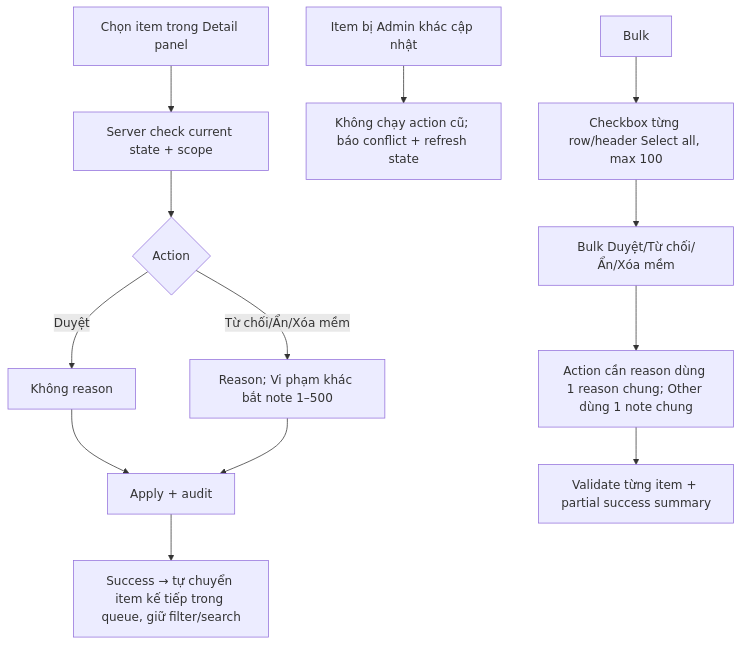
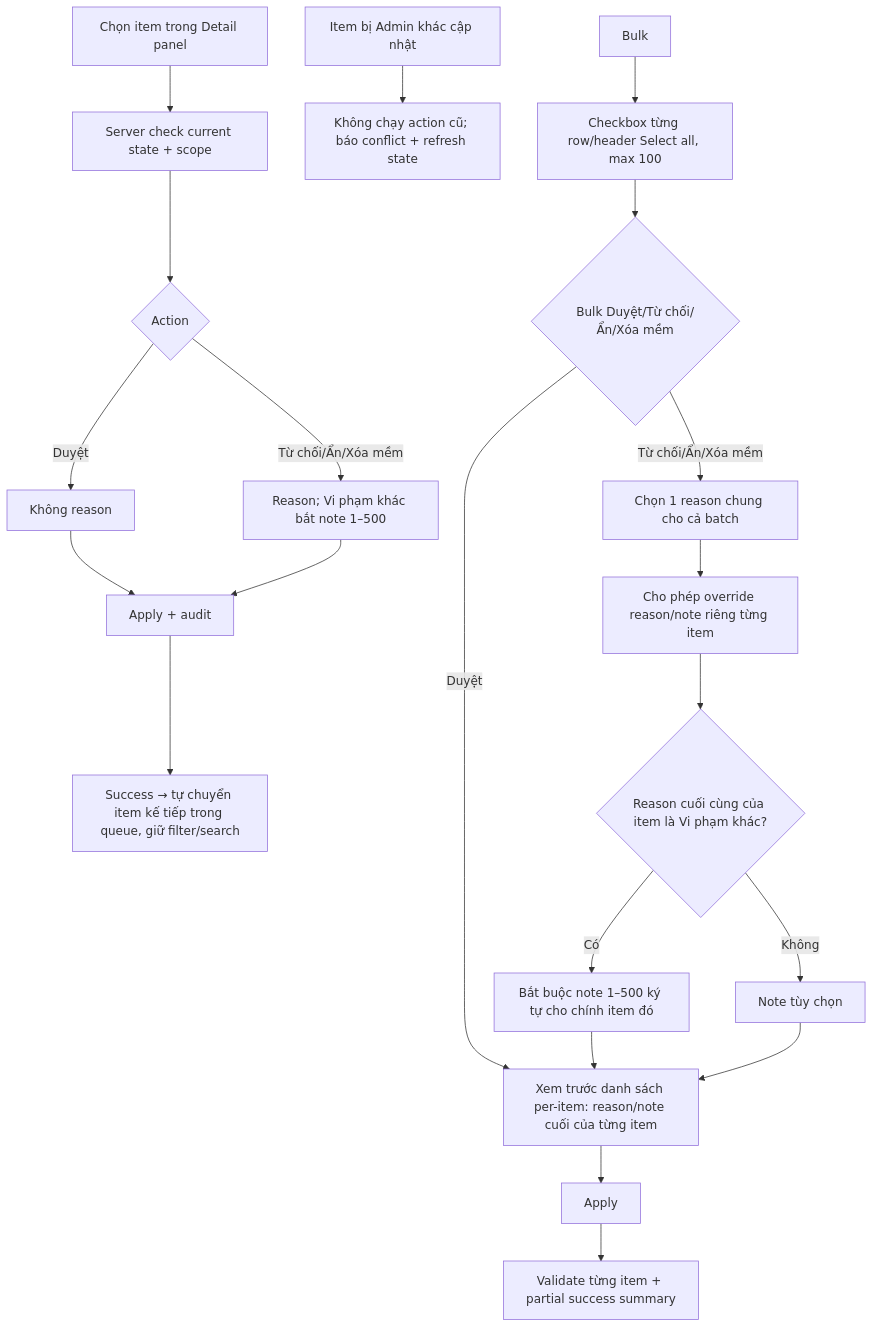
One commit to TanUIUX/MyTV-Comment changed the diagram in EP04_CMS_QUAN_TRI_BINH_LUAN/US14_USER_FLOW.md. Above: the diagram before and after it, drawn with Mermaid. The commit also changed other lines of this file and 15 other files, not shown here.

````diff
--- a/EP04_CMS_QUAN_TRI_BINH_LUAN/US14_USER_FLOW.md
+++ b/EP04_CMS_QUAN_TRI_BINH_LUAN/US14_USER_FLOW.md
@@ -7,15 +7,23 @@
 ```mermaid
 flowchart TD
  A[Chọn item trong Detail panel] --> B[Server check current state + scope]
  B --> C{Action}
  C -->|Duyệt| D[Không reason]
  C -->|Từ chối/Ẩn/Xóa mềm| E[Reason; Vi phạm khác bắt note 1–500]
  D --> F[Apply + audit]
  E --> F
  F --> G[Success → tự chuyển item kế tiếp trong queue, giữ filter/search]
  H[Item bị Admin khác cập nhật] --> I[Không chạy action cũ; báo conflict + refresh state]
- J[Bulk] --> K[Checkbox từng row/header Select all, max 100]
- K --> L[Bulk Duyệt/Từ chối/Ẩn/Xóa mềm]
- L --> M[Action cần reason dùng 1 reason chung; Other dùng 1 note chung]
- M --> N[Validate từng item + partial success summary]
+ J["Bulk"] --> K["Checkbox từng row/header Select all, max 100"]
+ K --> L{"Bulk Duyệt/Từ chối/Ẩn/Xóa mềm"}
+ L -->|"Duyệt"| P
+ L -->|"Từ chối/Ẩn/Xóa mềm"| M["Chọn 1 reason chung cho cả batch"]
+ M --> M1["Cho phép override reason/note riêng từng item"]
+ M1 --> M2{"Reason cuối cùng của item là Vi phạm khác?"}
+ M2 -->|"Có"| M3["Bắt buộc note 1–500 ký tự cho chính item đó"]
+ M2 -->|"Không"| M4["Note tùy chọn"]
+ M3 --> P["Xem trước danh sách per-item: reason/note cuối của từng item"]
+ M4 --> P
+ P --> Q["Apply"]
+ Q --> N["Validate từng item + partial success summary"]
 ```
````
